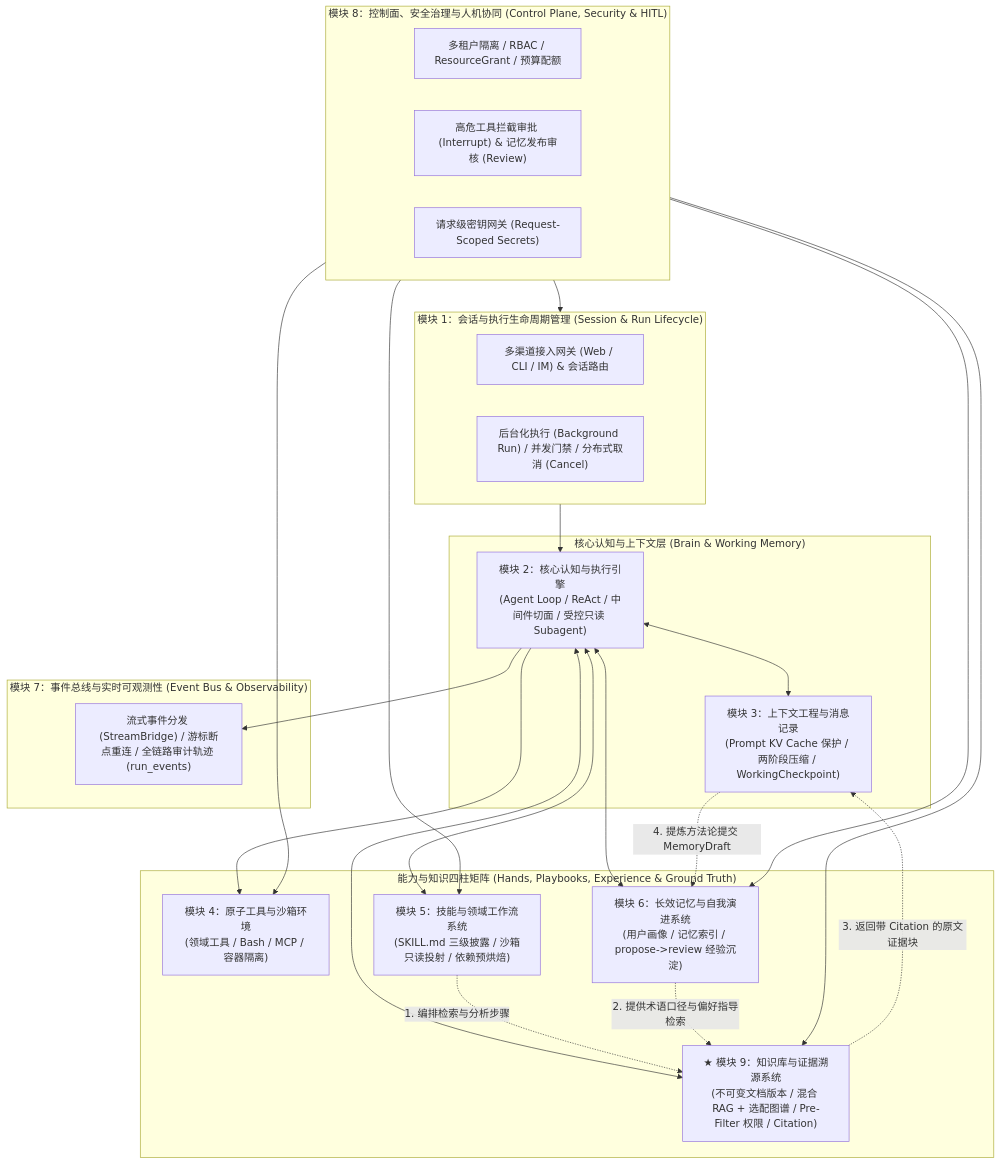
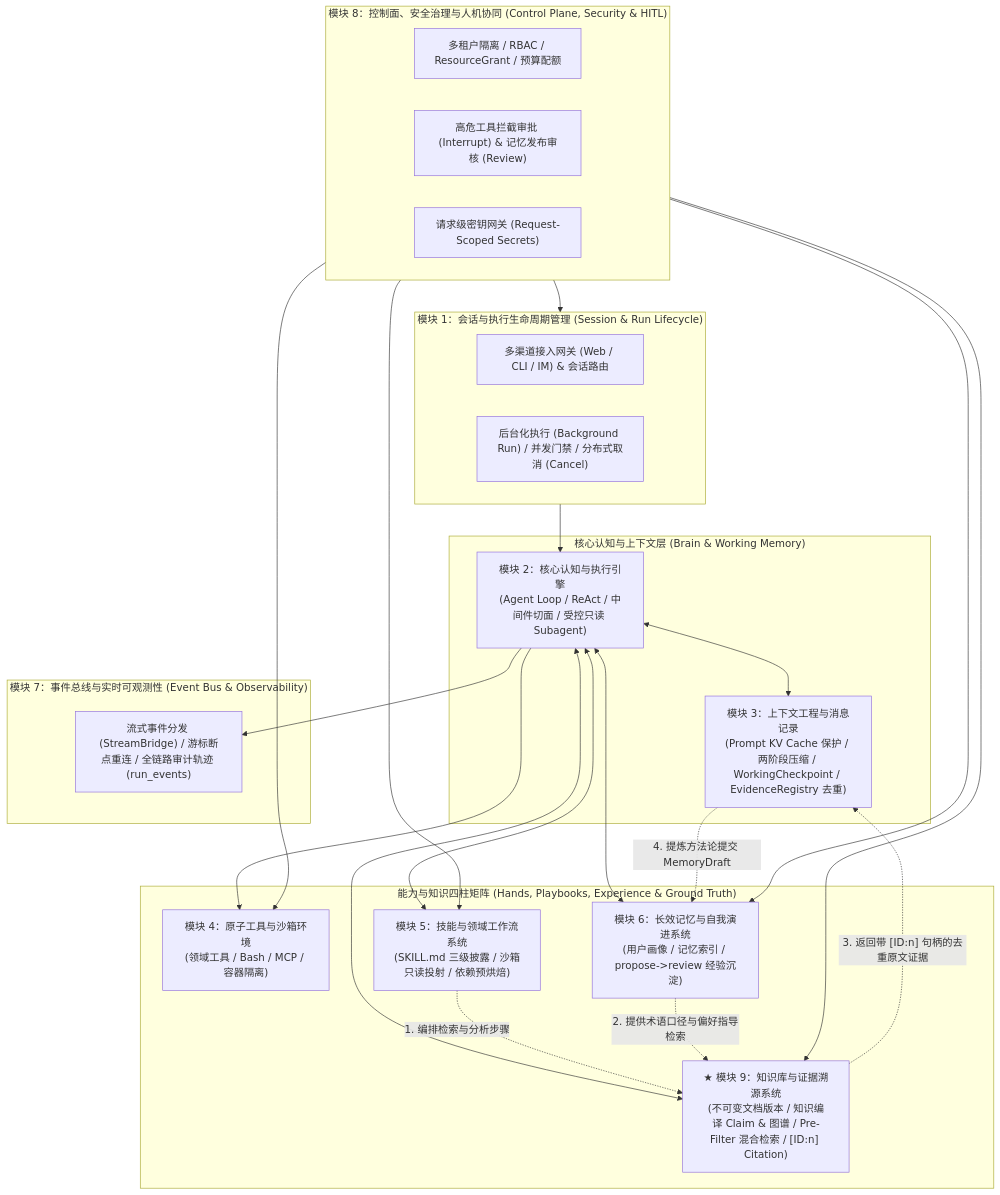
Before and after one commit to chenkuangfeng/hyoga-nexus: the first of 2 diagrams in docs/pending/nine-modules-best-of-breed-selection.md, drawn with Mermaid. The commit also changed other lines of this file, not shown here.

Commit message:
docs: upgrade to 9-module architecture with KB vs Memory analysis and RAGFlow insights

````diff
--- a/docs/pending/nine-modules-best-of-breed-selection.md
+++ b/docs/pending/nine-modules-best-of-breed-selection.md
@@ -48,46 +51,46 @@
 ```mermaid
 flowchart TB
     subgraph Control["模块 8：控制面、安全治理与人机协同 (Control Plane, Security & HITL)"]
         RBAC["多租户隔离 / RBAC / ResourceGrant / 预算配额"]
         HITL["高危工具拦截审批 (Interrupt) & 记忆发布审核 (Review)"]
         SecretGate["请求级密钥网关 (Request-Scoped Secrets)"]
     end
 
     subgraph Entry["模块 1：会话与执行生命周期管理 (Session & Run Lifecycle)"]
         Gateway["多渠道接入网关 (Web / CLI / IM) & 会话路由"]
         RunMgr["后台化执行 (Background Run) / 并发门禁 / 分布式取消 (Cancel)"]
     end
 
     subgraph Core["核心认知与上下文层 (Brain & Working Memory)"]
         Loop["模块 2：核心认知与执行引擎\n(Agent Loop / ReAct / 中间件切面 / 受控只读 Subagent)"]
-        Context["模块 3：上下文工程与消息记录\n(Prompt KV Cache 保护 / 两阶段压缩 / WorkingCheckpoint)"]
+        Context["模块 3：上下文工程与消息记录\n(Prompt KV Cache 保护 / 两阶段压缩 / WorkingCheckpoint / EvidenceRegistry 去重)"]
     end
 
     subgraph FourPillars["能力与知识四柱矩阵 (Hands, Playbooks, Experience & Ground Truth)"]
         Tool["模块 4：原子工具与沙箱环境\n(领域工具 / Bash / MCP / 容器隔离)"]
         Skill["模块 5：技能与领域工作流系统\n(SKILL.md 三级披露 / 沙箱只读投射 / 依赖预烘焙)"]
         Memory["模块 6：长效记忆与自我演进系统\n(用户画像 / 记忆索引 / propose->review 经验沉淀)"]
-        KB["★ 模块 9：知识库与证据溯源系统\n(不可变文档版本 / 混合 RAG + 选配图谱 / Pre-Filter 权限 / Citation)"]
+        KB["★ 模块 9：知识库与证据溯源系统\n(不可变文档版本 / 知识编译 Claim & 图谱 / Pre-Filter 混合检索 / [ID:n] Citation)"]
     end
 
     subgraph Infra["模块 7：事件总线与实时可观测性 (Event Bus & Observability)"]
         EventBus["流式事件分发 (StreamBridge) / 游标断点重连 / 全链路审计轨迹 (run_events)"]
     end
 
     Entry --> Loop
     Loop <--> Context
     Loop --> Tool
     Loop <--> Skill
     Loop <--> Memory
     Loop <--> KB
     Skill -.->|"1. 编排检索与分析步骤"| KB
     Memory -.->|"2. 提供术语口径与偏好指导检索"| KB
-    KB -.->|"3. 返回带 Citation 的原文证据块"| Context
+    KB -.->|"3. 返回带 [ID:n] 句柄的去重原文证据"| Context
     Context -.->|"4. 提炼方法论提交 MemoryDraft"| Memory
     Control --> Entry
     Control --> Skill
     Control --> Tool
     Control --> Memory
     Control --> KB
     Loop --> EventBus
 ```
````
